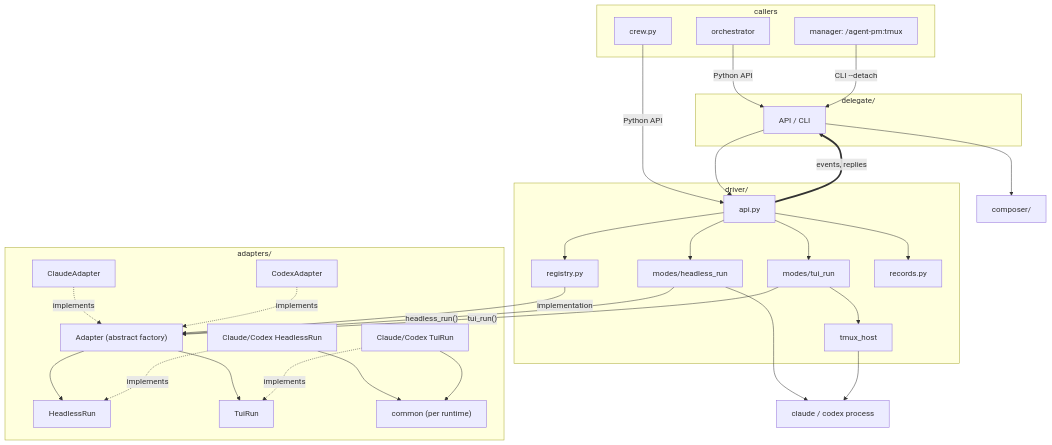
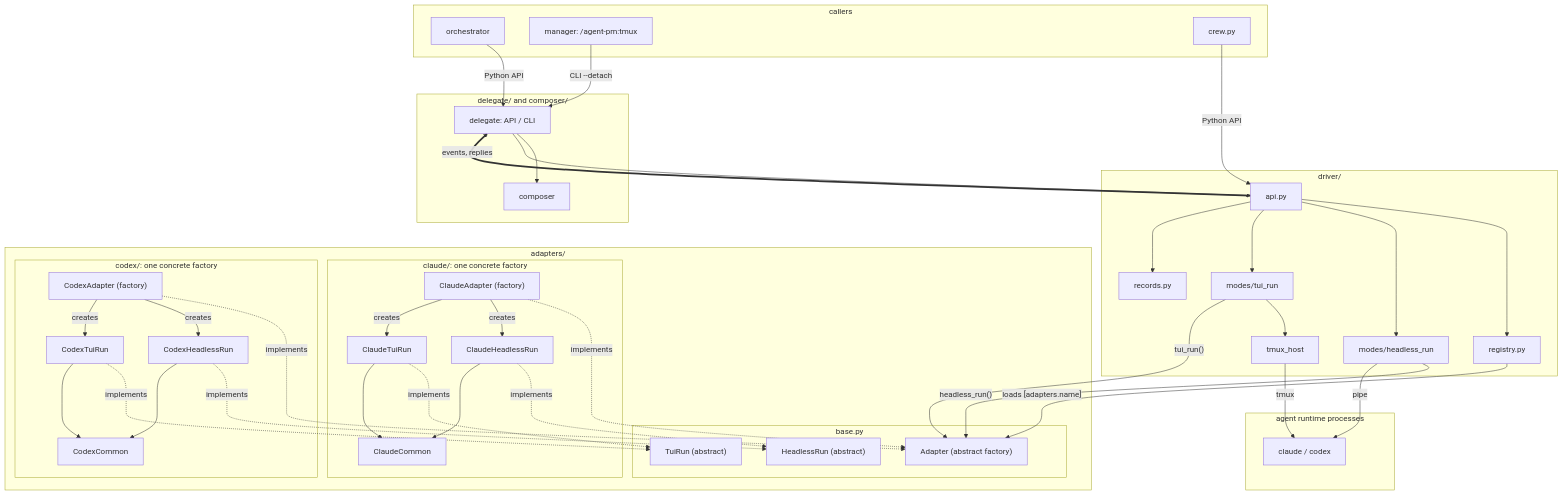
One commit to ophis/agent-pm changed the second of 4 diagrams in README.md. Above: the diagram before and after it, drawn with Mermaid. The commit also changed other lines of this file, not shown here.

Commit message:
README: one factory group per runtime in the core diagram
Claude-Session: https://claude.ai/code/session_01DWNTKp8E4ZkndBswMuqLEu

````diff
--- a/README.md
+++ b/README.md
@@ -20,55 +20,69 @@
 ```mermaid
 flowchart TB
-  subgraph callers[callers]
+  subgraph L1["callers"]
     O[orchestrator]
     M["manager: /agent-pm:tmux"]
     W[crew.py]
   end
-  subgraph delegate[delegate/]
-    D["API / CLI"]
+  subgraph L2["delegate/ and composer/"]
+    D["delegate: API / CLI"]
+    C[composer]
   end
-  C[composer/]
-  subgraph driver[driver/]
+  subgraph L3["driver/"]
     API[api.py]
     REG[registry.py]
     HM[modes/headless_run]
     TM[modes/tui_run]
     TH[tmux_host]
     REC[records.py]
   end
-  subgraph adapters[adapters/]
-    F["Adapter (abstract factory)"]
-    CA[ClaudeAdapter]
-    XA[CodexAdapter]
-    HR[HeadlessRun]
-    TR[TuiRun]
-    CR["Claude/Codex HeadlessRun"]
-    CT["Claude/Codex TuiRun"]
-    CM["common (per runtime)"]
+  subgraph L4["adapters/"]
+    subgraph base[base.py]
+      F["Adapter (abstract factory)"]
+      HR["HeadlessRun (abstract)"]
+      TR["TuiRun (abstract)"]
+    end
+    subgraph claude["claude/: one concrete factory"]
+      CA["ClaudeAdapter (factory)"]
+      CH[ClaudeHeadlessRun]
+      CT[ClaudeTuiRun]
+      CC[ClaudeCommon]
+    end
+    subgraph codex["codex/: one concrete factory"]
+      XA["CodexAdapter (factory)"]
+      XH[CodexHeadlessRun]
+      XT[CodexTuiRun]
+      XC[CodexCommon]
+    end
   end
-  P["claude / codex process"]
+  subgraph L5["agent runtime processes"]
+    P["claude / codex"]
+  end
+  L1 ~~~ L2 ~~~ L3 ~~~ L4 ~~~ L5
   O -->|Python API| D
   M -->|"CLI --detach"| D
   W -->|Python API| API
   D --> C
   D --> API
   API --> REG
-  REG -->|implementation| F
   API --> HM
   API --> TM
   API --> REC
+  TM --> TH
+  REG -->|"loads [adapters.name]"| F
   HM -->|"headless_run()"| F
   TM -->|"tui_run()"| F
-  F --> HR
-  F --> TR
-  TM --> TH
   CA -.->|implements| F
   XA -.->|implements| F
-  CR -.->|implements| HR
+  CA -->|creates| CH & CT
+  XA -->|creates| XH & XT
+  CH -.->|implements| HR
+  XH -.->|implements| HR
   CT -.->|implements| TR
-  CR --> CM
-  CT --> CM
-  HM --> P
-  TH --> P
+  XT -.->|implements| TR
+  CH & CT --> CC
+  XH & XT --> XC
+  HM -->|pipe| P
+  TH -->|tmux| P
   API ==>|events, replies| D
 ```
````
